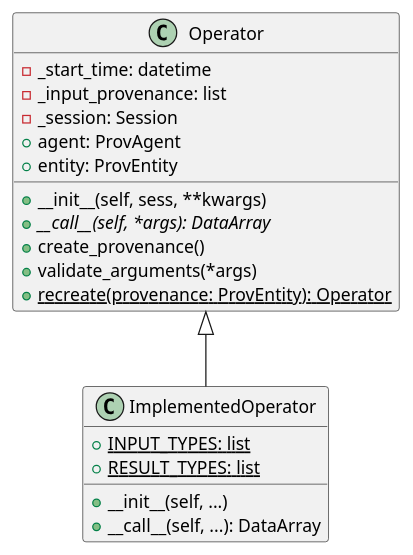
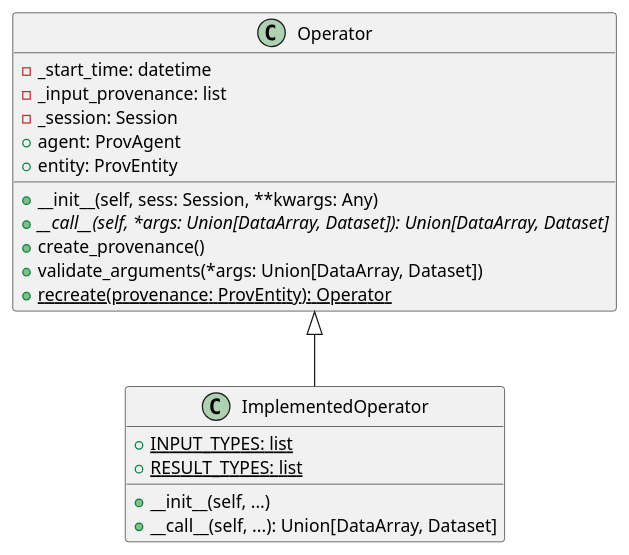
The fifth of 5 diagrams in doc/design.rst (indica-mcf/Indica), drawn with PlantUML before and after one commit. The commit also changed other lines of this file, not shown here.

```diff
--- a/doc/design.rst
+++ b/doc/design.rst
@@ -522,25 +646,25 @@
 .. uml::
 
    class Operator {
    - _start_time: datetime
    - _input_provenance: list
    - _session: Session
    + agent: ProvAgent
    + entity: ProvEntity
 
-   + __init__(self, sess, **kwargs)
-   + {abstract} __call__(self, *args): DataArray
+   + __init__(self, sess: Session, **kwargs: Any)
+   + {abstract} __call__(self, *args: Union[DataArray, Dataset]): Union[DataArray, Dataset]
    + create_provenance()
-   + validate_arguments(*args)
+   + validate_arguments(*args: Union[DataArray, Dataset])
    + {static} recreate(provenance: ProvEntity): Operator
    }
 
    class ImplementedOperator {
    + {static} INPUT_TYPES: list
    + {static} RESULT_TYPES: list
 
    + __init__(self, ...)
-   + __call__(self, ...): DataArray
+   + __call__(self, ...): Union[DataArray, Dataset]
    }
 
    Operator <|-- ImplementedOperator
```
